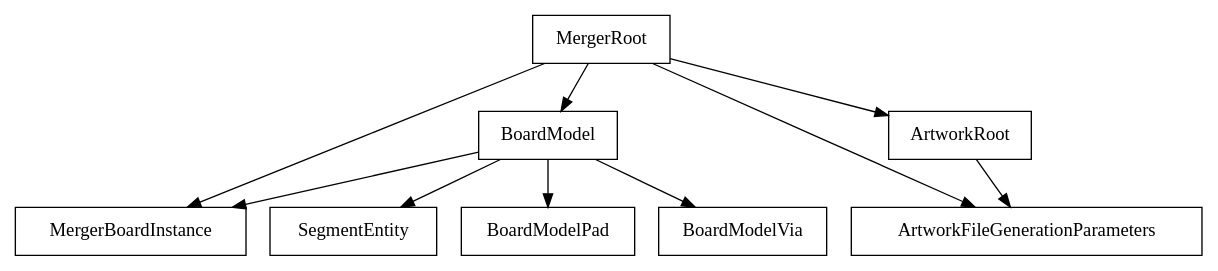
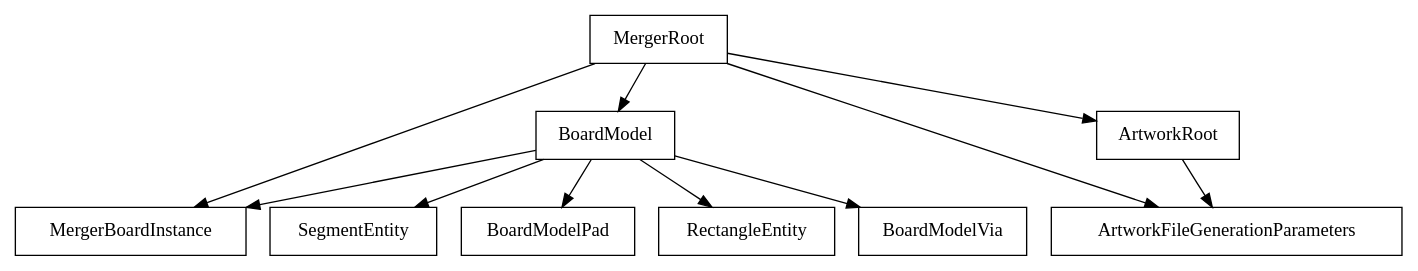
The diagram in models/strong-dep-MergerRoot.dot (pierremolinaro/ElCanari-dev), drawn with Graphviz before and after one commit. The commit also changed 57 other files, not shown here.

```diff
--- a/models/strong-dep-MergerRoot.dot
+++ b/models/strong-dep-MergerRoot.dot
@@ -1,19 +1,21 @@
 digraph G {
   "MergerRoot" [shape=rectangle] ;
   "MergerRoot" -> "MergerBoardInstance" ;
   "MergerRoot" -> "BoardModel" ;
   "MergerRoot" -> "ArtworkFileGenerationParameters" ;
   "MergerRoot" -> "ArtworkRoot" ;
   "MergerBoardInstance" [shape=rectangle] ;
   "BoardModel" [shape=rectangle] ;
   "BoardModel" -> "MergerBoardInstance" ;
   "BoardModel" -> "SegmentEntity" ;
   "BoardModel" -> "BoardModelPad" ;
+  "BoardModel" -> "RectangleEntity" ;
   "BoardModel" -> "BoardModelVia" ;
   "ArtworkFileGenerationParameters" [shape=rectangle] ;
   "ArtworkRoot" [shape=rectangle] ;
   "ArtworkRoot" -> "ArtworkFileGenerationParameters" ;
   "SegmentEntity" [shape=rectangle] ;
   "BoardModelPad" [shape=rectangle] ;
+  "RectangleEntity" [shape=rectangle] ;
   "BoardModelVia" [shape=rectangle] ;
 }
```
